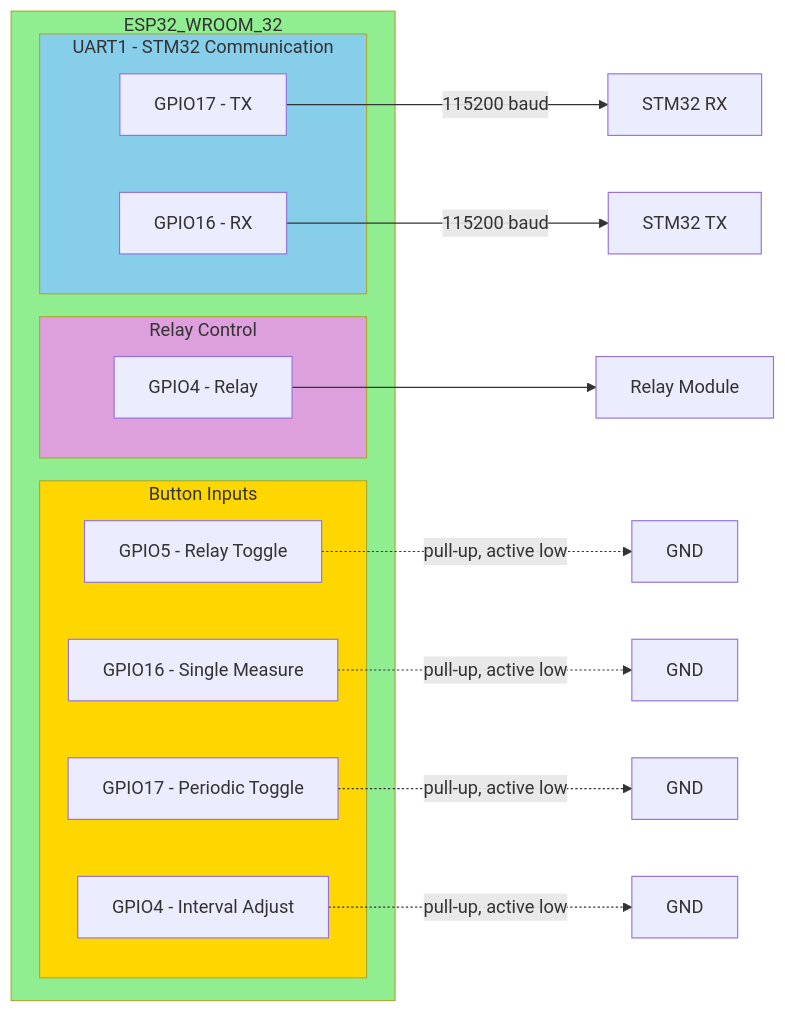
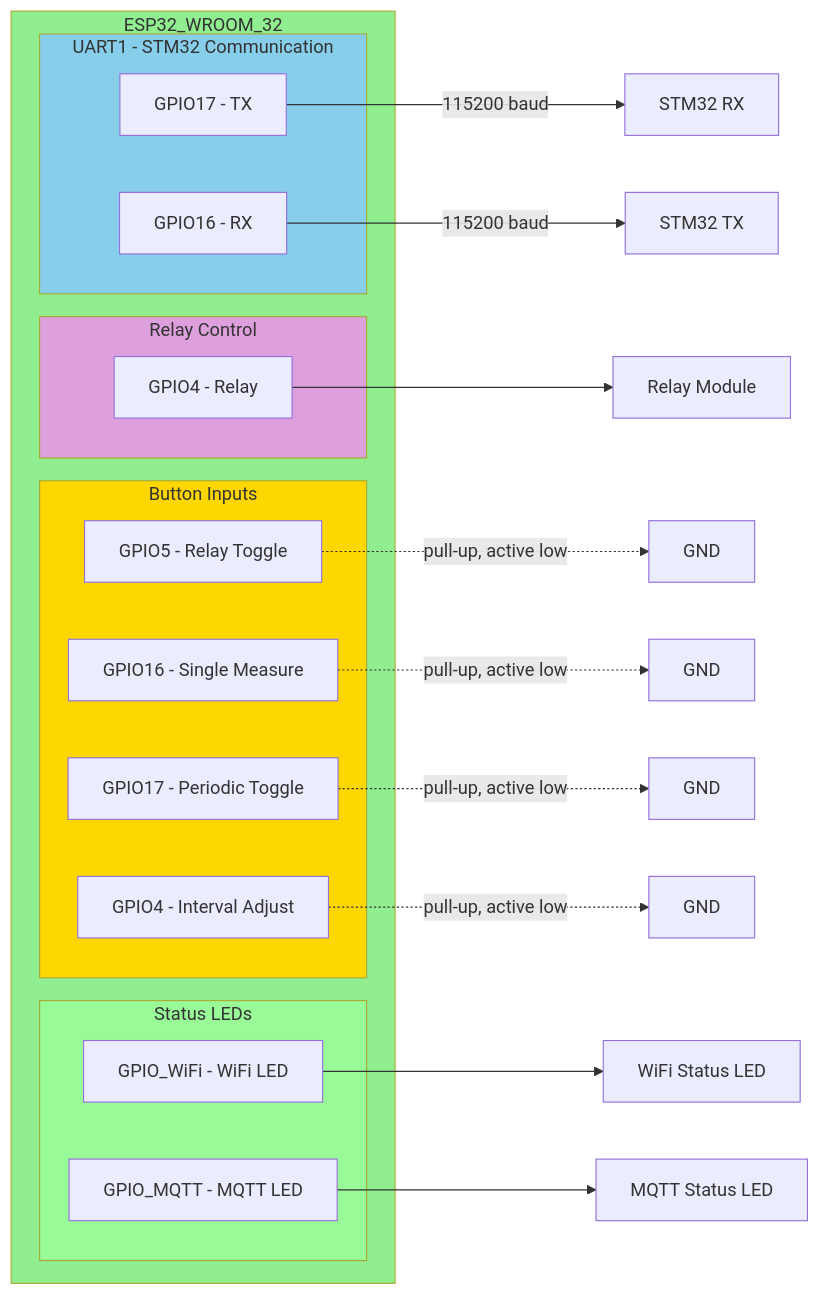
One commit to meeTeam05/datalogger changed the sixth of 9 diagrams in documents/ESP32/UML_CLASS_DIAGRAM_ESP32.md. Above: the diagram before and after it, drawn with Mermaid. The commit also changed other lines of this file and 5 other files, not shown here.

````diff
--- a/documents/ESP32/UML_CLASS_DIAGRAM_ESP32.md
+++ b/documents/ESP32/UML_CLASS_DIAGRAM_ESP32.md
@@ -425,35 +411,44 @@
 ```mermaid
 graph LR
     subgraph ESP32_WROOM_32
-        subgraph UART1[UART1 - STM32 Communication]
+        subgraph UART1["UART1 - STM32 Communication"]
             TX[GPIO17 - TX]
             RX[GPIO16 - RX]
         end
         
-        subgraph Relay_GPIO[Relay Control]
+        subgraph Relay_GPIO["Relay Control"]
             R[GPIO4 - Relay]
         end
         
-        subgraph Button_GPIO[Button Inputs]
+        subgraph Button_GPIO["Button Inputs"]
             B1[GPIO5 - Relay Toggle]
             B2[GPIO16 - Single Measure]
             B3[GPIO17 - Periodic Toggle]
             B4[GPIO4 - Interval Adjust]
+        end
+        
+        subgraph LED_GPIO["Status LEDs"]
+            L1[GPIO_WiFi - WiFi LED]
+            L2[GPIO_MQTT - MQTT LED]
         end
     end
     
     TX -->|115200 baud| STM32_RX[STM32 RX]
     RX -->|115200 baud| STM32_TX[STM32 TX]
     
     R --> RelayModule[Relay Module]
     
     B1 -.->|pull-up, active low| GND1[GND]
     B2 -.->|pull-up, active low| GND2[GND]
     B3 -.->|pull-up, active low| GND3[GND]
     B4 -.->|pull-up, active low| GND4[GND]
     
+    L1 --> WiFi_LED[WiFi Status LED]
+    L2 --> MQTT_LED[MQTT Status LED]
+    
     style ESP32_WROOM_32 fill:#90EE90
     style UART1 fill:#87CEEB
     style Relay_GPIO fill:#DDA0DD
     style Button_GPIO fill:#FFD700
+    style LED_GPIO fill:#98FB98
 ```
````
